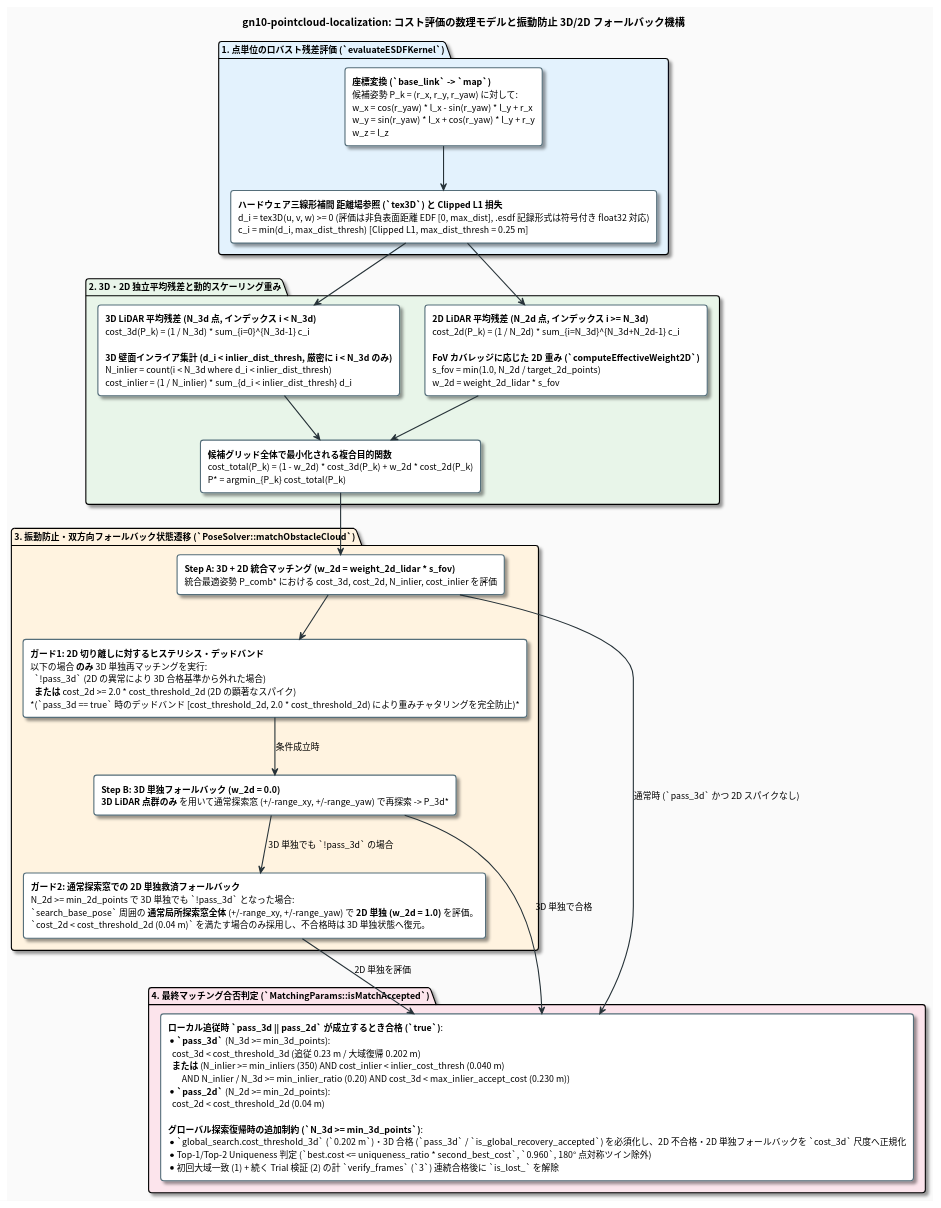
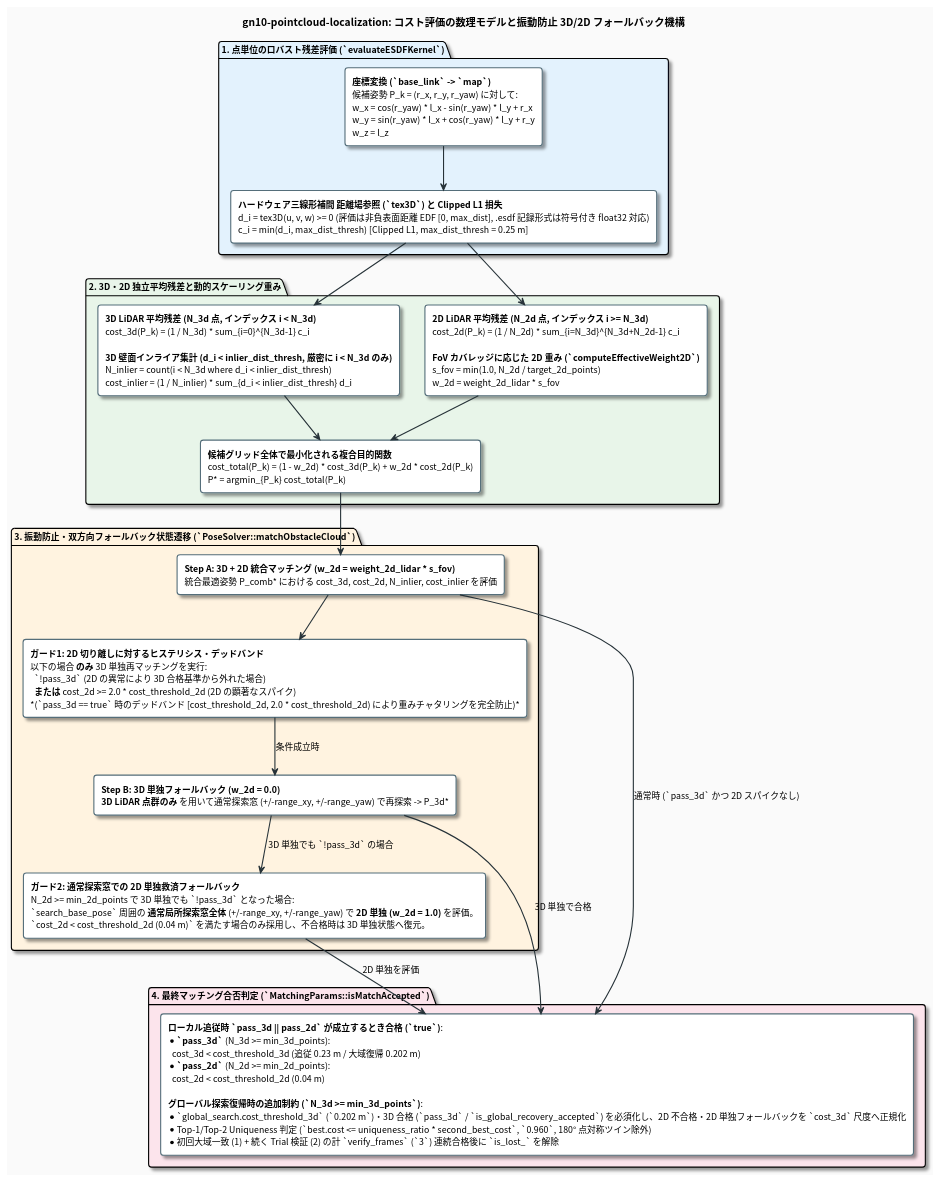
Before and after one commit to tmcit-ararobo-2026a/gn10-pointcloud-localization: the diagram in docs/matching_cost_and_weighting_jp.pu, drawn with PlantUML. The commit also changed 14 other files, not shown here.

```diff
--- a/docs/matching_cost_and_weighting_jp.pu
+++ b/docs/matching_cost_and_weighting_jp.pu
@@ -1,70 +1,70 @@
 @startuml matching_cost_and_weighting_jp
 skinparam backgroundColor #FAFAFA
 skinparam defaultFontName "Roboto, Noto Sans CJK JP, sans-serif"
 skinparam defaultFontSize 12
 skinparam roundCorner 8
 skinparam shadowing true
 skinparam ArrowColor #263238
 skinparam ArrowThickness 1.5
 
 skinparam rectangle {
     BackgroundColor #FFFFFF
     BorderColor #546E7A
     BorderThickness 1.5
 }
 
 skinparam note {
     BackgroundColor #FFF8E1
     BorderColor #FFB300
     FontColor #263238
 }
 
 title **gn10-pointcloud-localization: コスト評価の数理モデルと振動防止 3D/2D フォールバック機構**
 
 package "1. 点単位のロバスト残差評価 (`evaluateESDFKernel`)" #E3F2FD {
     rectangle "**座標変換 (`base_link` -> `map`)**\n候補姿勢 P_k = (r_x, r_y, r_yaw) に対して:\nw_x = cos(r_yaw) * l_x - sin(r_yaw) * l_y + r_x\nw_y = sin(r_yaw) * l_x + cos(r_yaw) * l_y + r_y\nw_z = l_z" as TF_EQ
 
     rectangle "**ハードウェア三線形補間 距離場参照 (`tex3D`) と Clipped L1 損失**\nd_i = tex3D(u, v, w) >= 0  (評価は非負表面距離 EDF [0, max_dist], .esdf 記録形式は符号付き float32 対応)\nc_i = min(d_i, max_dist_thresh)  [Clipped L1, max_dist_thresh = 0.25 m]" as CLIP_EQ
 
     TF_EQ -down-> CLIP_EQ
 }
 
 package "2. 3D・2D 独立平均残差と動的スケーリング重み" #E8F5E9 {
     rectangle "**3D LiDAR 平均残差 (N_3d 点, インデックス i < N_3d)**\ncost_3d(P_k) = (1 / N_3d) * sum_{i=0}^{N_3d-1} c_i\n\n**3D 壁面インライア集計 (d_i < inlier_dist_thresh, 厳密に i < N_3d のみ)**\nN_inlier = count(i < N_3d where d_i < inlier_dist_thresh)\ncost_inlier = (1 / N_inlier) * sum_{d_i < inlier_dist_thresh} d_i" as COST_3D
 
     rectangle "**2D LiDAR 平均残差 (N_2d 点, インデックス i >= N_3d)**\ncost_2d(P_k) = (1 / N_2d) * sum_{i=N_3d}^{N_3d+N_2d-1} c_i\n\n**FoV カバレッジに応じた 2D 重み (`computeEffectiveWeight2D`)**\ns_fov = min(1.0, N_2d / target_2d_points)\nw_2d = weight_2d_lidar * s_fov" as COST_2D
 
     rectangle "**候補グリッド全体で最小化される複合目的関数**\ncost_total(P_k) = (1 - w_2d) * cost_3d(P_k) + w_2d * cost_2d(P_k)\nP* = argmin_{P_k} cost_total(P_k)" as COMP_EQ
 
     COST_3D -down-> COMP_EQ
     COST_2D -down-> COMP_EQ
 }
 
 CLIP_EQ -down-> COST_3D
 CLIP_EQ -down-> COST_2D
 
 package "3. 振動防止・双方向フォールバック状態遷移 (`PoseSolver::matchObstacleCloud`)" #FFF3E0 {
     rectangle "**Step A: 3D + 2D 統合マッチング (w_2d = weight_2d_lidar * s_fov)**\n統合最適姿勢 P_comb* における cost_3d, cost_2d, N_inlier, cost_inlier を評価" as STEP_A
 
     rectangle "**ガード1: 2D 切り離しに対するヒステリシス・デッドバンド**\n以下の場合 **のみ** 3D 単独再マッチングを実行:\n  `!pass_3d` (2D の異常により 3D 合格基準から外れた場合)\n  **または** cost_2d >= 2.0 * cost_threshold_2d (2D の顕著なスパイク)\n*(`pass_3d == true` 時のデッドバンド [cost_threshold_2d, 2.0 * cost_threshold_2d) により重みチャタリングを完全防止)*" as GUARD_1
 
     rectangle "**Step B: 3D 単独フォールバック (w_2d = 0.0)**\n**3D LiDAR 点群のみ** を用いて通常探索窓 (+/-range_xy, +/-range_yaw) で再探索 -> P_3d*" as STEP_B
 
     rectangle "**ガード2: 通常探索窓での 2D 単独救済フォールバック**\nN_2d >= min_2d_points で 3D 単独でも `!pass_3d` となった場合:\n`search_base_pose` 周囲の **通常局所探索窓全体** (+/-range_xy, +/-range_yaw) で **2D 単独 (w_2d = 1.0)** を評価。\n`cost_2d < cost_threshold_2d (0.04 m)` を満たす場合のみ採用し、不合格時は 3D 単独状態へ復元。" as STEP_C
 
     STEP_A -down-> GUARD_1
     GUARD_1 -down-> STEP_B : 条件成立時
     STEP_B -down-> STEP_C : 3D 単独でも `!pass_3d` の場合
 }
 
 COMP_EQ -down-> STEP_A
 
 package "4. 最終マッチング合否判定 (`MatchingParams::isMatchAccepted`)" #FCE4EC {
-    rectangle "**ローカル追従時 `pass_3d || pass_2d` が成立するとき合格 (`true`)**:\n* **`pass_3d`** (N_3d >= min_3d_points):\n  cost_3d < cost_threshold_3d (追従 0.23 m / 大域復帰 0.202 m)\n  **または** (N_inlier >= min_inliers (350) AND cost_inlier < inlier_cost_thresh (0.040 m)\n       AND N_inlier / N_3d >= min_inlier_ratio (0.20) AND cost_3d < max_inlier_accept_cost (0.230 m))\n* **`pass_2d`** (N_2d >= min_2d_points):\n  cost_2d < cost_threshold_2d (0.04 m)\n\n**グローバル探索復帰時の追加制約 (`N_3d >= min_3d_points`)**:\n* `global_search.cost_threshold_3d` (`0.202 m`)・3D 合格 (`pass_3d` / `is_global_recovery_accepted`) を必須化し、2D 不合格・2D 単独フォールバックを `cost_3d` 尺度へ正規化\n* Top-1/Top-2 Uniqueness 判定 (`best.cost <= uniqueness_ratio * second_best_cost`, `0.960`, 180° 点対称ツイン除外)\n* 初回大域一致 (1) + 続く Trial 検証 (2) の計 `verify_frames` (`3`) 連続合格後に `is_lost_` を解除" as FINAL_ACCEPT
+    rectangle "**ローカル追従時 `pass_3d || pass_2d` が成立するとき合格 (`true`)**:\n* **`pass_3d`** (N_3d >= min_3d_points):\n  cost_3d < cost_threshold_3d (追従 0.23 m / 大域復帰 0.202 m)\n* **`pass_2d`** (N_2d >= min_2d_points):\n  cost_2d < cost_threshold_2d (0.04 m)\n\n**グローバル探索復帰時の追加制約 (`N_3d >= min_3d_points`)**:\n* `global_search.cost_threshold_3d` (`0.202 m`)・3D 合格 (`pass_3d` / `is_global_recovery_accepted`) を必須化し、2D 不合格・2D 単独フォールバックを `cost_3d` 尺度へ正規化\n* Top-1/Top-2 Uniqueness 判定 (`best.cost <= uniqueness_ratio * second_best_cost`, `0.960`, 180° 点対称ツイン除外)\n* 初回大域一致 (1) + 続く Trial 検証 (2) の計 `verify_frames` (`3`) 連続合格後に `is_lost_` を解除" as FINAL_ACCEPT
 }
 
 STEP_A -down-> FINAL_ACCEPT : 通常時 (`pass_3d` かつ 2D スパイクなし)
 STEP_B -down-> FINAL_ACCEPT : 3D 単独で合格
 STEP_C -down-> FINAL_ACCEPT : 2D 単独を評価
 
 @enduml
```
